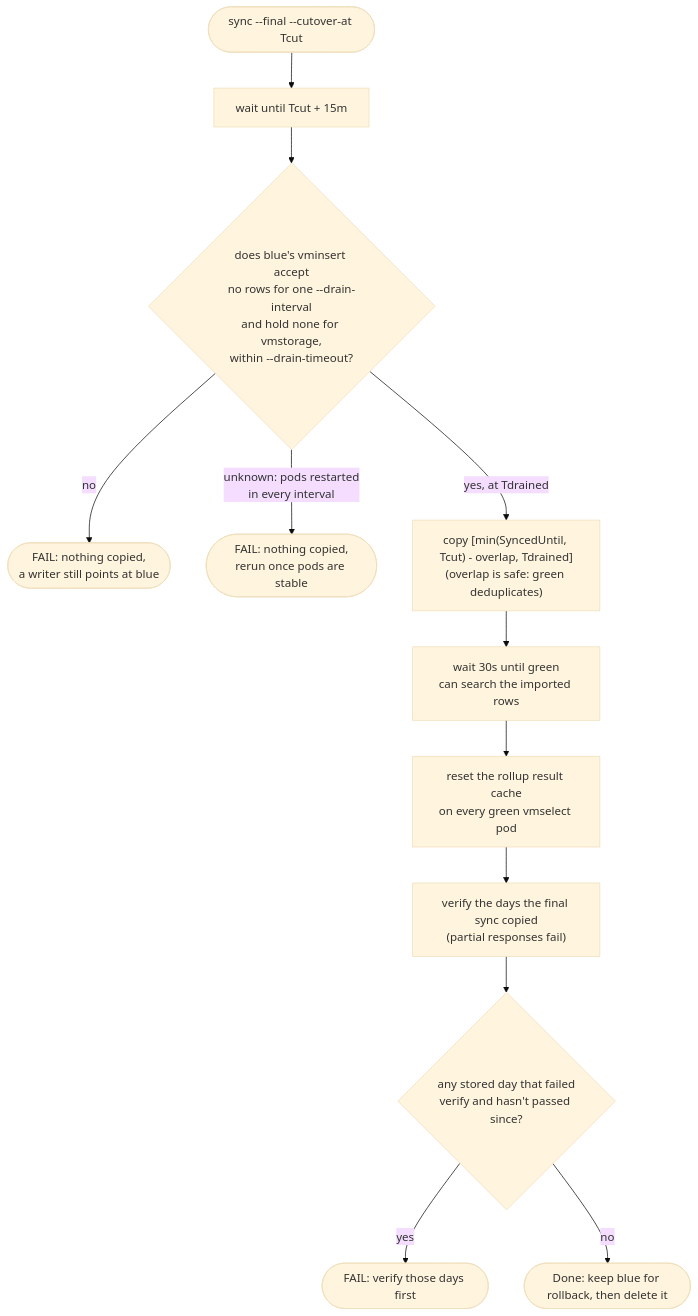
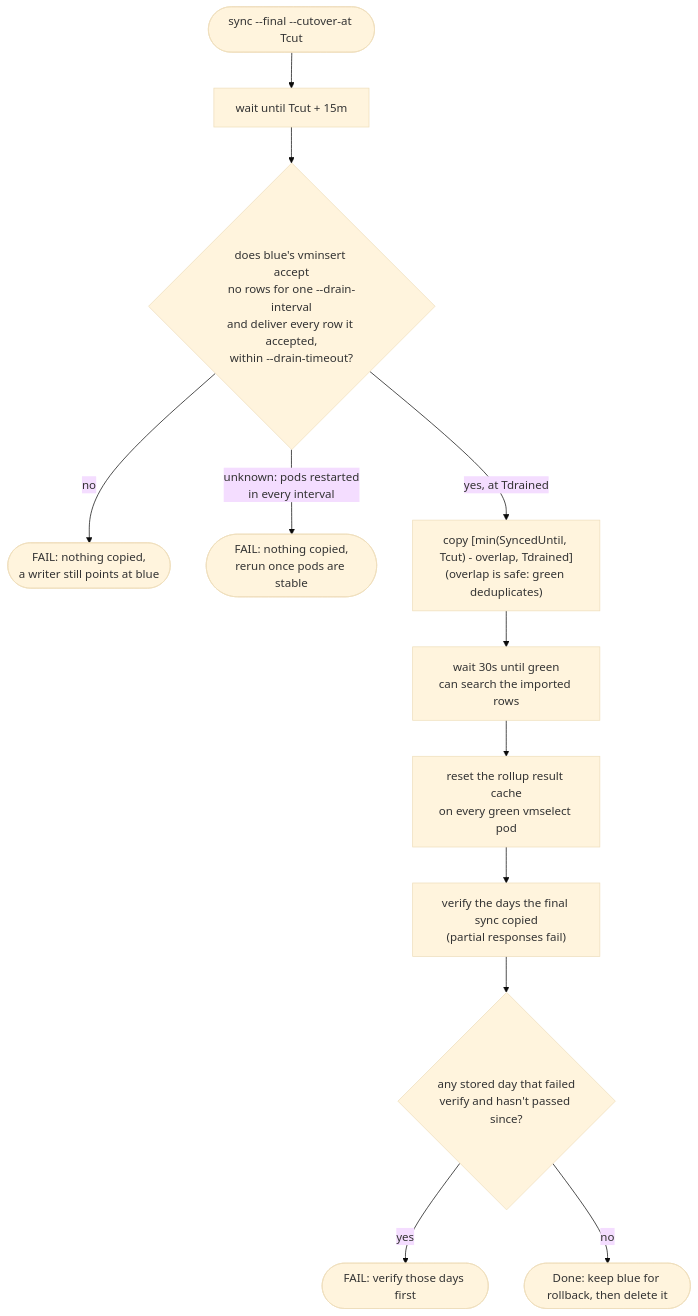
The fourth of 5 diagrams in docs/architecture.md (kokuwaio/victoriametrics-rebalance), drawn with Mermaid (base theme) before and after one commit. The commit also changed 7 other files, not shown here.

First line of the commit message:
fix: count in-flight vminsert rows in the drain check

````diff
--- a/docs/architecture.md
+++ b/docs/architecture.md
@@ -184,14 +184,14 @@
 ```mermaid
 flowchart TD
     start(["sync --final --cutover-at Tcut"]) --> wait["wait until Tcut + 15m"]
-    wait --> drain{"does blue's vminsert accept<br/>no rows for one --drain-interval<br/>and hold none for vmstorage,<br/>within --drain-timeout?"}
+    wait --> drain{"does blue's vminsert accept<br/>no rows for one --drain-interval<br/>and deliver every row it accepted,<br/>within --drain-timeout?"}
     drain -- "no" --> fail(["FAIL: nothing copied,<br/>a writer still points at blue"])
     drain -- "unknown: pods restarted<br/>in every interval" --> unknown(["FAIL: nothing copied,<br/>rerun once pods are stable"])
     drain -- "yes, at Tdrained" --> copy["copy [min(SyncedUntil, Tcut) - overlap, Tdrained]<br/>(overlap is safe: green deduplicates)"]
     copy --> settle["wait 30s until green<br/>can search the imported rows"]
     settle --> reset["reset the rollup result cache<br/>on every green vmselect pod"]
     reset --> verify["verify the days the final sync copied<br/>(partial responses fail)"]
     verify --> earlier{"any stored day that failed<br/>verify and hasn't passed since?"}
     earlier -- "yes" --> again(["FAIL: verify those days first"])
     earlier -- "no" --> ok(["Done: keep blue for rollback, then delete it"])
 ```
````
